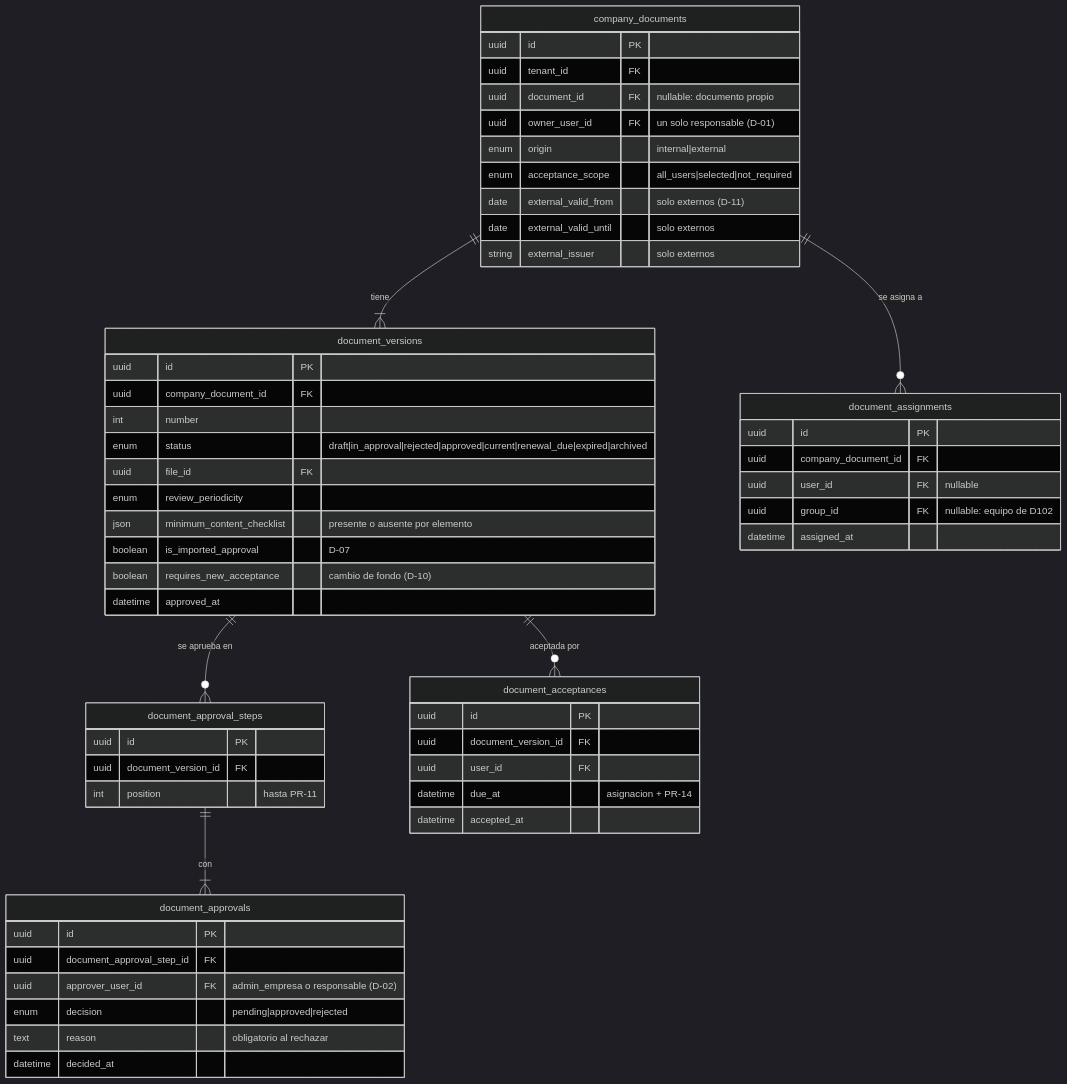
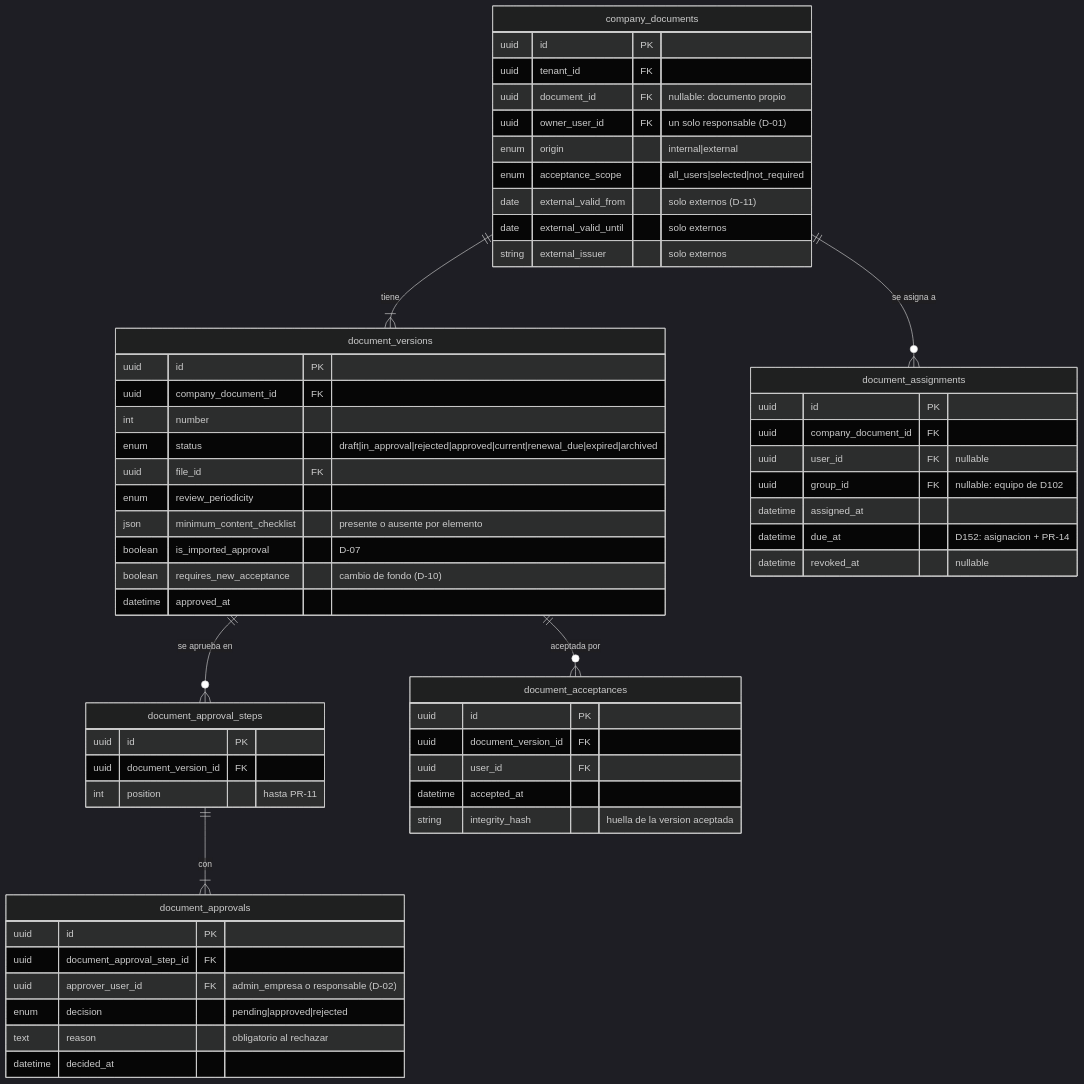
Before and after one commit to Monkey-GRC/Monkey-Brain-IA: the second of 2 diagrams in skills/product/monkey-compliance-council/references/datos/modelo/11-documentos.md, drawn with Mermaid (dark theme). The commit also changed other lines of this file and 82 other files, not shown here.

````diff
--- a/skills/product/monkey-compliance-council/references/datos/modelo/11-documentos.md
+++ b/skills/product/monkey-compliance-council/references/datos/modelo/11-documentos.md
@@ -53,58 +53,60 @@
 ```mermaid
 erDiagram
     company_documents {
         uuid id PK
         uuid tenant_id FK
         uuid document_id FK "nullable: documento propio"
         uuid owner_user_id FK "un solo responsable (D-01)"
         enum origin "internal|external"
         enum acceptance_scope "all_users|selected|not_required"
         date external_valid_from "solo externos (D-11)"
         date external_valid_until "solo externos"
         string external_issuer "solo externos"
     }
     document_versions {
         uuid id PK
         uuid company_document_id FK
         int number
         enum status "draft|in_approval|rejected|approved|current|renewal_due|expired|archived"
         uuid file_id FK
         enum review_periodicity
         json minimum_content_checklist "presente o ausente por elemento"
         boolean is_imported_approval "D-07"
         boolean requires_new_acceptance "cambio de fondo (D-10)"
         datetime approved_at
     }
     document_approval_steps {
         uuid id PK
         uuid document_version_id FK
         int position "hasta PR-11"
     }
     document_approvals {
         uuid id PK
         uuid document_approval_step_id FK
         uuid approver_user_id FK "admin_empresa o responsable (D-02)"
         enum decision "pending|approved|rejected"
         text reason "obligatorio al rechazar"
         datetime decided_at
     }
     document_assignments {
         uuid id PK
         uuid company_document_id FK
         uuid user_id FK "nullable"
         uuid group_id FK "nullable: equipo de D102"
         datetime assigned_at
+        datetime due_at "D152: asignacion + PR-14"
+        datetime revoked_at "nullable"
     }
     document_acceptances {
         uuid id PK
         uuid document_version_id FK
         uuid user_id FK
-        datetime due_at "asignacion + PR-14"
         datetime accepted_at
+        string integrity_hash "huella de la version aceptada"
     }
     company_documents ||--|{ document_versions : "tiene"
     document_versions ||--o{ document_approval_steps : "se aprueba en"
     document_approval_steps ||--|{ document_approvals : "con"
     company_documents ||--o{ document_assignments : "se asigna a"
     document_versions ||--o{ document_acceptances : "aceptada por"
 ```
````
